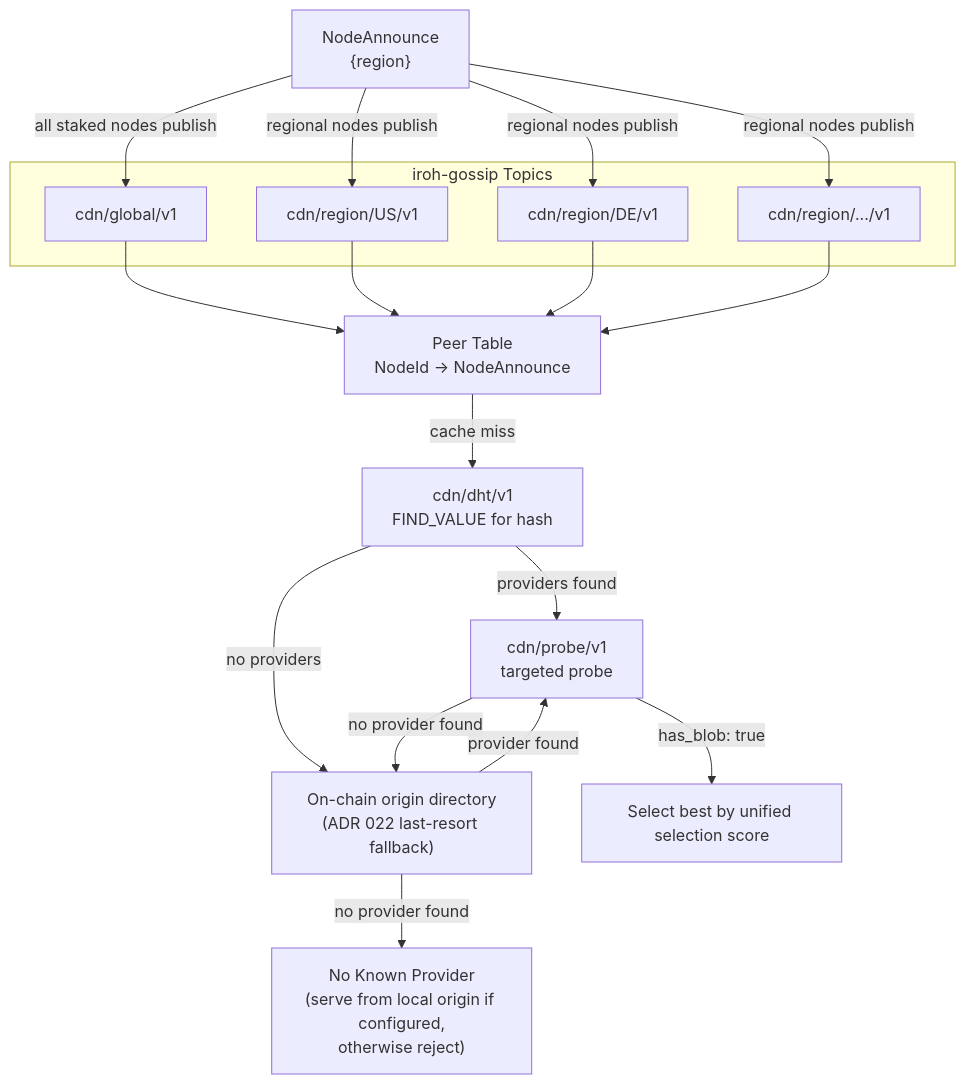
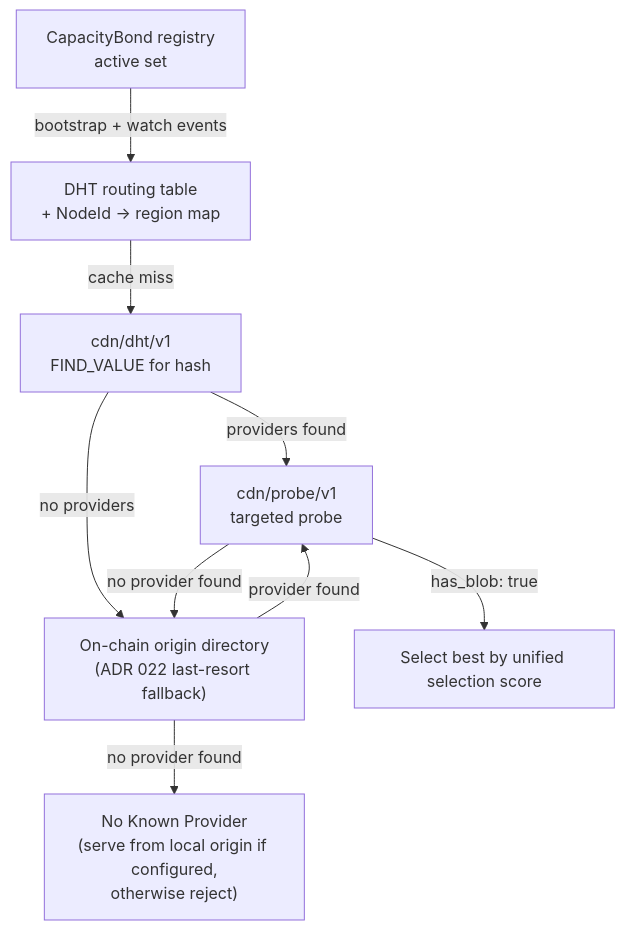
One commit to decdn/decdn changed the diagram in adr/001-network.md. Above: the diagram before and after it, drawn with Mermaid. The commit also changed other lines of this file and 81 other files, not shown here.

First line of the commit message:
refactor: remove NodeAnnounce gossip, source node region from the registry (#1712)

````diff
--- a/adr/001-network.md
+++ b/adr/001-network.md
@@ -19,29 +19,13 @@
 ```mermaid
 graph TD
-    subgraph Topics["iroh-gossip Topics"]
-        GLOBAL["cdn/global/v1"]
-        REG_US["cdn/region/US/v1"]
-        REG_DE["cdn/region/DE/v1"]
-        REG_ETC["cdn/region/.../v1"]
-    end
+    REG["CapacityBond registry<br/>active set"]
+    REG -->|bootstrap + watch events| RT["DHT routing table<br/>+ NodeId -> region map"]
 
-    NA["NodeAnnounce<br/>{region}"]
-
-    NA -->|all staked nodes publish| GLOBAL
-    NA -->|regional nodes publish| REG_US
-    NA -->|regional nodes publish| REG_DE
-    NA -->|regional nodes publish| REG_ETC
-
-    GLOBAL --> PT["Peer Table<br/>NodeId -> NodeAnnounce"]
-    REG_US --> PT
-    REG_DE --> PT
-    REG_ETC --> PT
-
-    PT -->|cache miss| DHT["cdn/dht/v1<br/>FIND_VALUE for hash"]
+    RT -->|cache miss| DHT["cdn/dht/v1<br/>FIND_VALUE for hash"]
     DHT -->|providers found| PROBE["cdn/probe/v1<br/>targeted probe"]
     DHT -->|no providers| DIR["On-chain origin directory<br/>(ADR 022 last-resort fallback)"]
     PROBE -->|has_blob: true| SELECT["Select best by unified selection score"]
     PROBE -->|no provider found| DIR
     DIR -->|provider found| PROBE
     DIR -->|no provider found| MISS["No Known Provider<br/>(serve from local origin if configured,<br/>otherwise reject)"]
 ```
````
